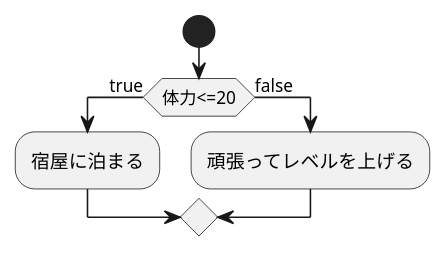
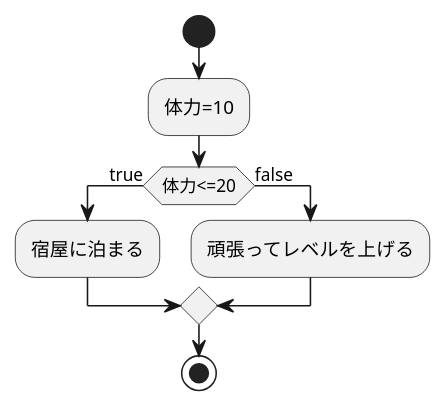
The diagram in test2.md (Aso2001219/2021sys-design), drawn with PlantUML before and after one commit.

````diff
--- a/test2.md
+++ b/test2.md
@@ -1,10 +1,12 @@
 ```uml
 @startuml
 start
+:体力=10;
 if (体力<=20) then (true)
   :宿屋に泊まる;
   else(false)
     :頑張ってレベルを上げる;
 endif
+stop
 @enduml
 ```
````
